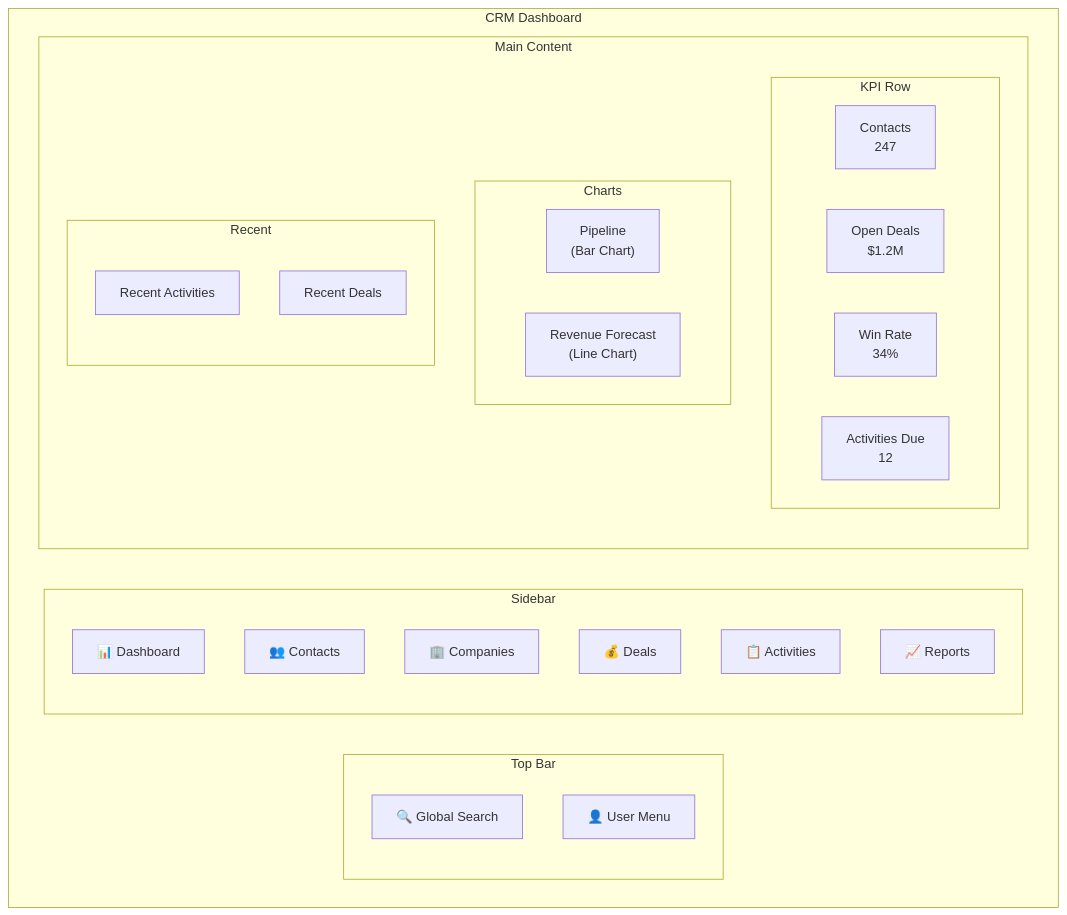
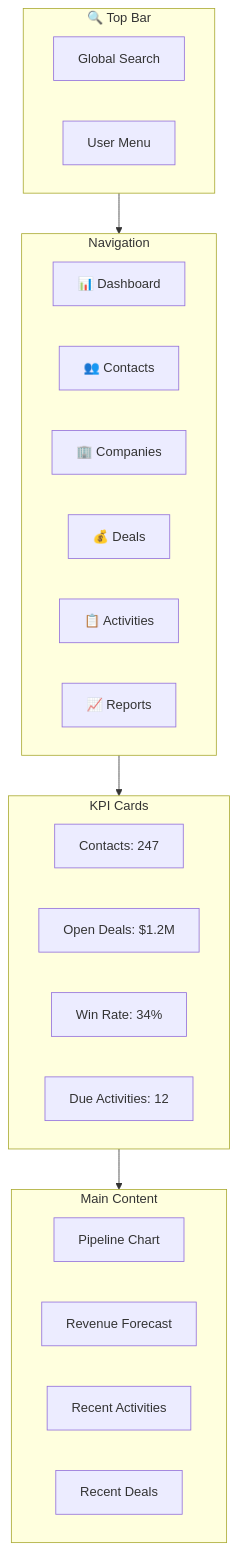
The fourth of 11 diagrams in Labs/014-FinalProjectCRM/README.md (nirgeier/ElconLab), drawn with Mermaid before and after one commit. The commit also changed other lines of this file and 84 other files, not shown here.

````diff
--- a/Labs/014-FinalProjectCRM/README.md
+++ b/Labs/014-FinalProjectCRM/README.md
@@ -257,37 +257,35 @@
 ```mermaid
-graph TD
-    subgraph "CRM Dashboard"
-        subgraph "Top Bar"
-            SEARCH["🔍 Global Search"]
-            USER["👤 User Menu"]
-        end
 
-        subgraph "Sidebar"
-            NAV1["📊 Dashboard"]
-            NAV2["👥 Contacts"]
-            NAV3["🏢 Companies"]
-            NAV4["💰 Deals"]
-            NAV5["📋 Activities"]
-            NAV6["📈 Reports"]
-        end
+graph TB
+    subgraph TOP["🔍 Top Bar"]
+        SEARCH["Global Search"]
+        USER["User Menu"]
+    end
 
-        subgraph "Main Content"
-            subgraph "KPI Row"
-                K1["Contacts<br/>247"]
-                K2["Open Deals<br/>$1.2M"]
-                K3["Win Rate<br/>34%"]
-                K4["Activities Due<br/>12"]
-            end
+    subgraph SIDEBAR["Navigation"]
+        NAV1["📊 Dashboard"]
+        NAV2["👥 Contacts"]
+        NAV3["🏢 Companies"]
+        NAV4["💰 Deals"]
+        NAV5["📋 Activities"]
+        NAV6["📈 Reports"]
+    end
 
-            subgraph "Charts"
-                C1["Pipeline<br/>(Bar Chart)"]
-                C2["Revenue Forecast<br/>(Line Chart)"]
-            end
+    subgraph KPI["KPI Cards"]
+        K1["Contacts: 247"]
+        K2["Open Deals: $1.2M"]
+        K3["Win Rate: 34%"]
+        K4["Due Activities: 12"]
+    end
 
-            subgraph "Recent"
-                R1["Recent Activities"]
-                R2["Recent Deals"]
-            end
-        end
+    subgraph CONTENT["Main Content"]
+        C1["Pipeline Chart"]
+        C2["Revenue Forecast"]
+        R1["Recent Activities"]
+        R2["Recent Deals"]
     end
+
+    TOP --> SIDEBAR
+    SIDEBAR --> KPI
+    KPI --> CONTENT
 ```
````
